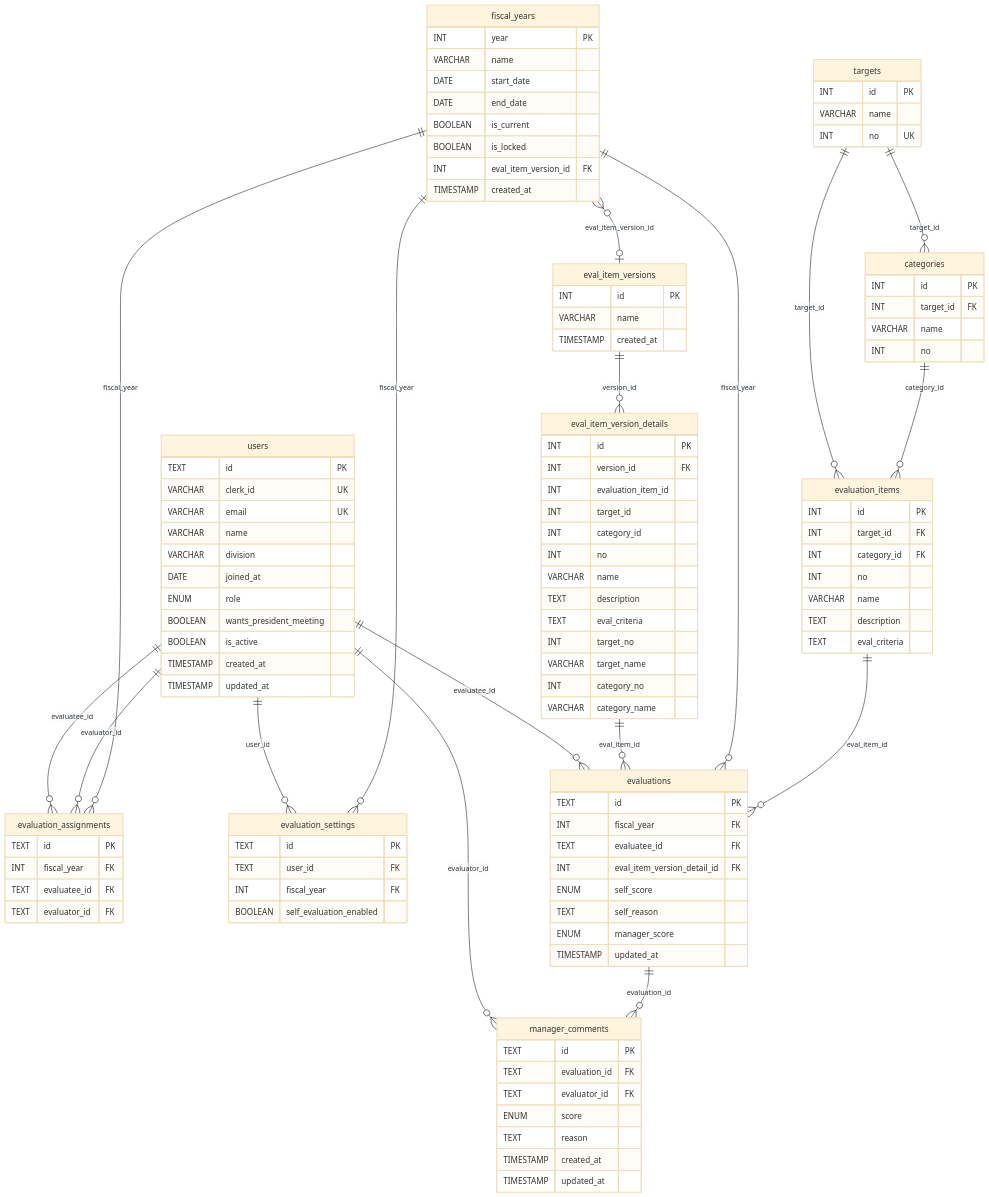
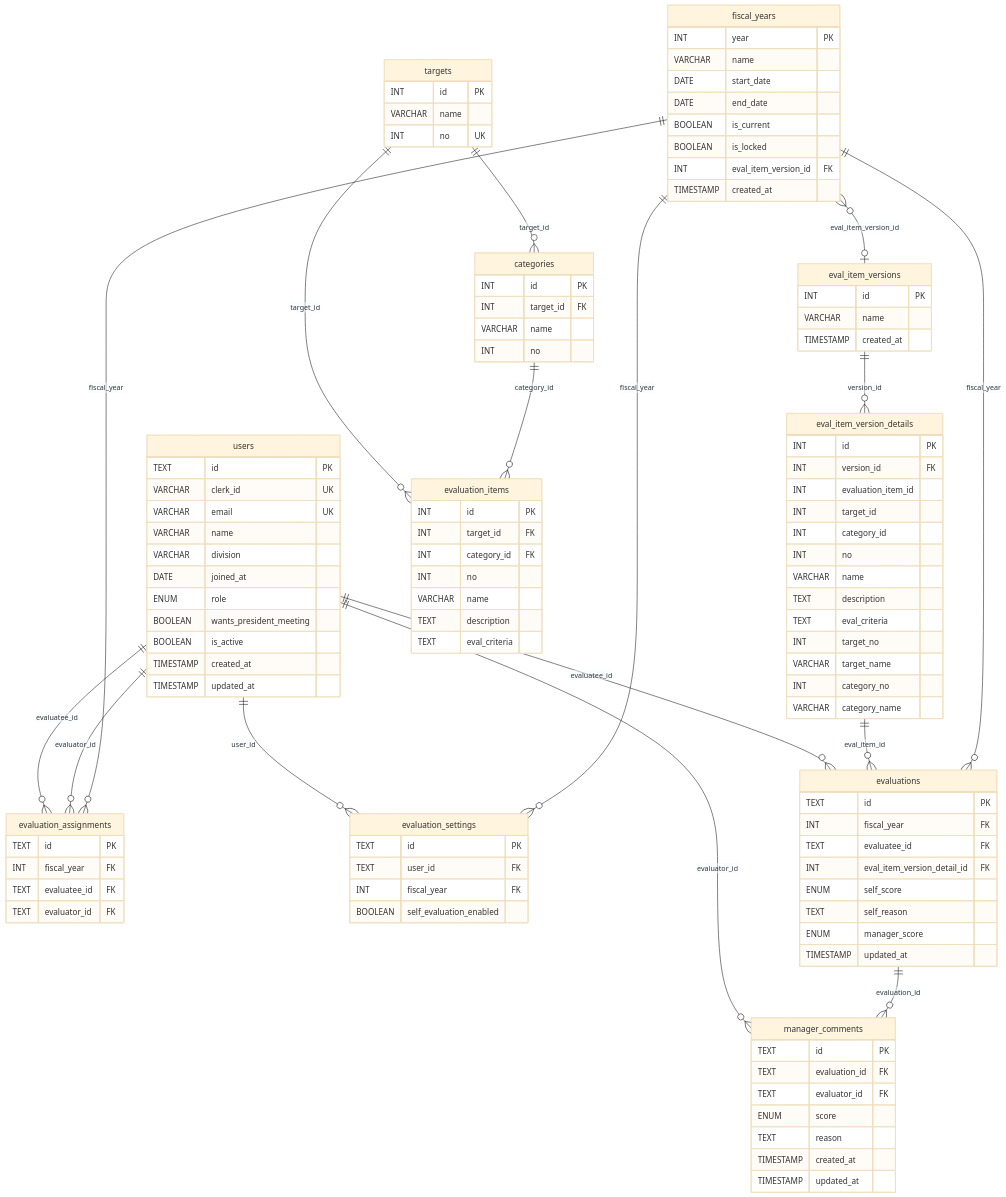
One commit to ot-nemoto/eval-hub changed the diagram in docs/schema.md. Above: the diagram before and after it, drawn with Mermaid (base theme).

Commit message:
fix(docs): schema.md から evaluation_items → evaluations の旧リレーションを削除

````diff
--- a/docs/schema.md
+++ b/docs/schema.md
@@ -122,6 +122,5 @@
     targets ||--o{ categories : "target_id"
     targets ||--o{ evaluation_items : "target_id"
     categories ||--o{ evaluation_items : "category_id"
-    evaluation_items ||--o{ evaluations : "eval_item_id"
     evaluations ||--o{ manager_comments : "evaluation_id"
 ```
````
